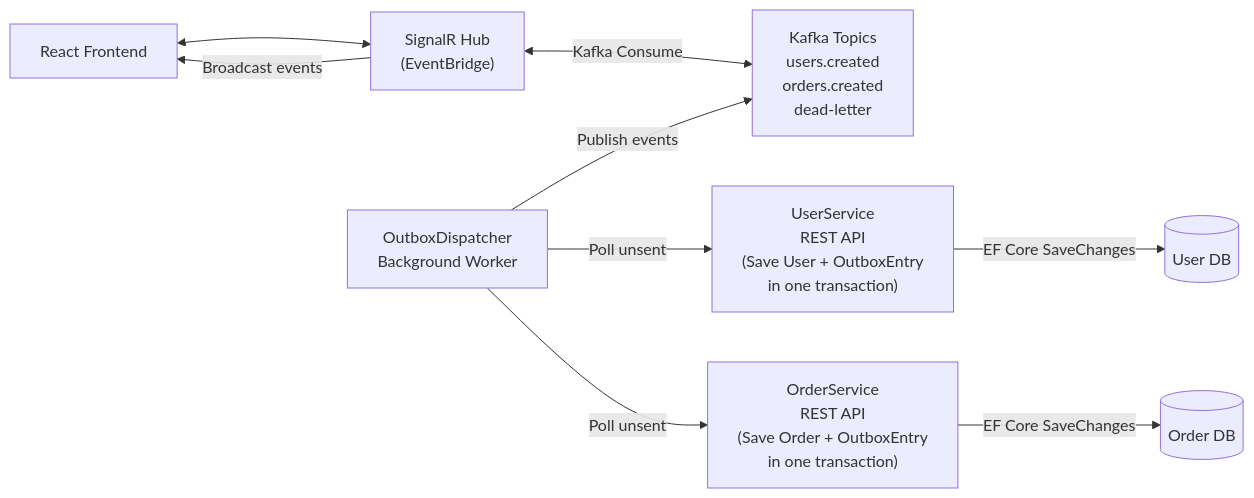
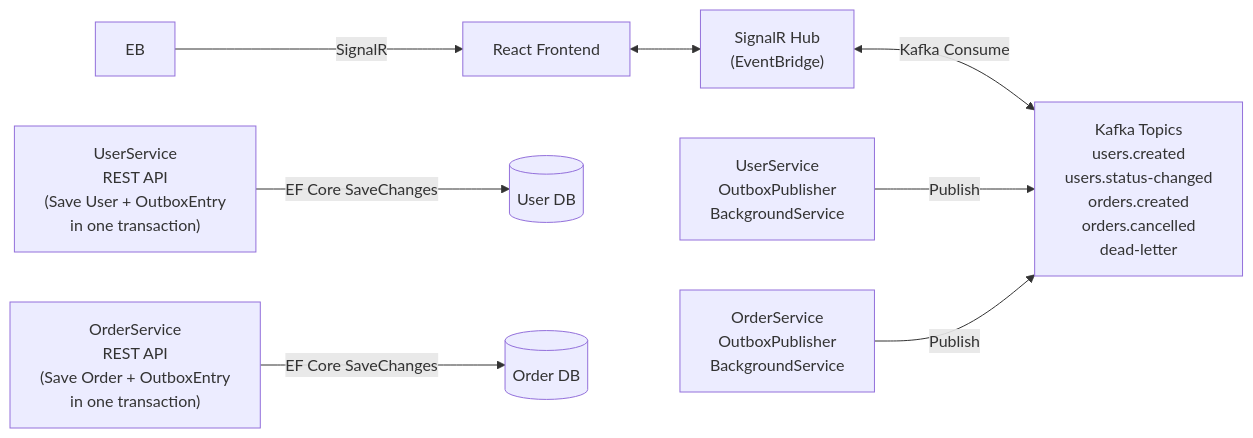
The first of 4 diagrams in README.md (sumonnwe/microservice-ecommerce), drawn with Mermaid before and after one commit. The commit also changed other lines of this file and 6 other files, not shown here.

Commit message:
Remove decoupling OutboxDispatcher microservices and update readme

````diff
--- a/README.md
+++ b/README.md
@@ -33,14 +33,13 @@
 ```mermaid
 flowchart LR
   FE[React Frontend] <--> SB["SignalR Hub<br/>(EventBridge)"]
-  SB <-- Kafka Consume --> K["Kafka Topics<br/>users.created<br/>orders.created<br/>dead-letter"]
+  SB <-- Kafka Consume --> K["Kafka Topics<br/>users.created<br/>users.status-changed<br/>orders.created<br/>orders.cancelled<br/>dead-letter"]
 
   US["UserService<br/>REST API<br/>(Save User + OutboxEntry<br/>in one transaction)"] -->|EF Core SaveChanges| UDB[(User DB)]
   OS["OrderService<br/>REST API<br/>(Save Order + OutboxEntry<br/>in one transaction)"] -->|EF Core SaveChanges| ODB[(Order DB)]
 
-  OD["OutboxDispatcher<br/>Background Worker"] -->|Poll unsent| US
-  OD -->|Poll unsent| OS
-  OD -->|Publish events| K
+  USOP["UserService<br/>OutboxPublisher<br/>BackgroundService"] -->|Publish| K
+  OSOP["OrderService<br/>OutboxPublisher<br/>BackgroundService"] -->|Publish| K
 
-  SB -->|Broadcast events| FE
+  EB -->|SignalR| FE
 ```
````
